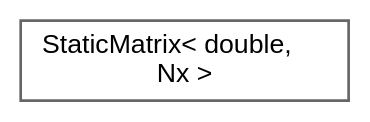
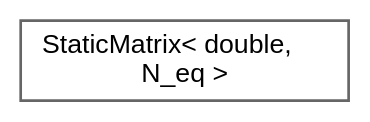
The diagram in inherit_graph_90.dot (jswoo0615/Algorithms_for_Optimization_cpp), drawn with Graphviz before and after one commit. The commit also changed 144 other files, not shown here.

```diff
--- a/inherit_graph_90.dot
+++ b/inherit_graph_90.dot
@@ -1,9 +1,9 @@
 digraph "Graphical Class Hierarchy"
 {
  // LATEX_PDF_SIZE
   bgcolor="transparent";
   edge [fontname=Helvetica,fontsize=10,labelfontname=Helvetica,labelfontsize=10];
   node [fontname=Helvetica,fontsize=10,shape=box,height=0.2,width=0.4];
   rankdir="LR";
-  Node0 [id="Node000000",label="StaticMatrix\< double,\l Nx \>",height=0.2,width=0.4,color="grey40", fillcolor="white", style="filled",URL="$classStaticMatrix.html",tooltip=" "];
+  Node0 [id="Node000000",label="StaticMatrix\< double,\l N_eq \>",height=0.2,width=0.4,color="grey40", fillcolor="white", style="filled",URL="$classStaticMatrix.html",tooltip=" "];
 }
```
